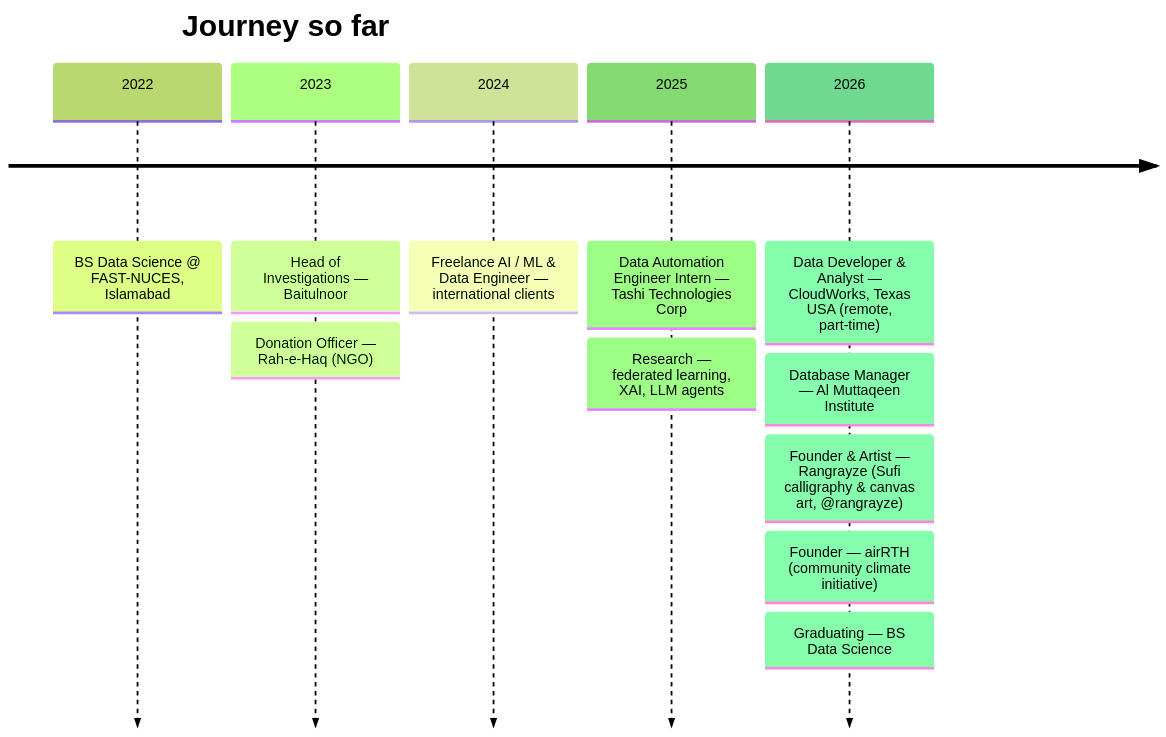
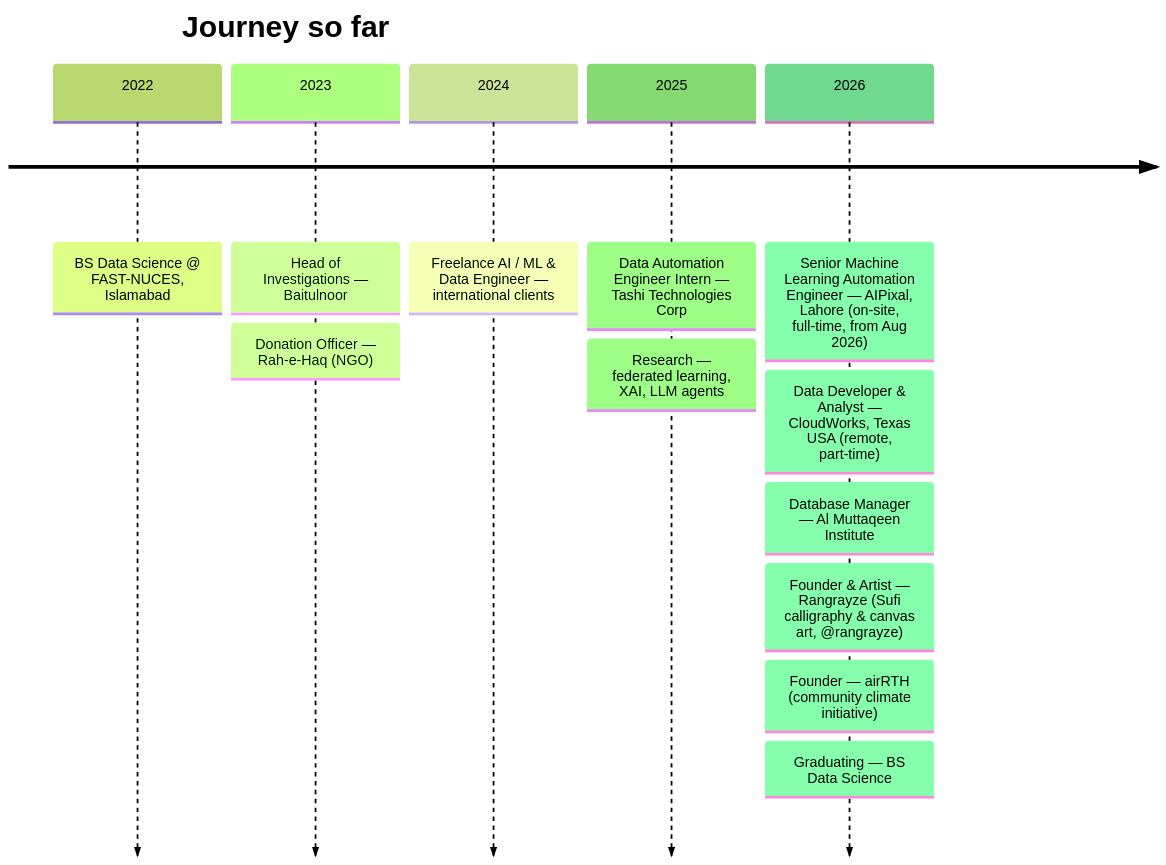
The diagram in README.md (laiba-mazhar/laiba-mazhar), drawn with Mermaid (forest theme) before and after one commit. The commit also changed other lines of this file, not shown here.

First line of the commit message:
Update current role: Senior ML Automation Engineer at AIPixal

````diff
--- a/README.md
+++ b/README.md
@@ -239,15 +244,16 @@
 ```mermaid
 timeline
     title Journey so far
     2022 : BS Data Science @ FAST-NUCES, Islamabad
     2023 : Head of Investigations — Baitulnoor
          : Donation Officer — Rah-e-Haq (NGO)
     2024 : Freelance AI / ML & Data Engineer — international clients
     2025 : Data Automation Engineer Intern — Tashi Technologies Corp
          : Research — federated learning, XAI, LLM agents
-    2026 : Data Developer & Analyst — CloudWorks, Texas USA (remote, part-time)
+    2026 : Senior Machine Learning Automation Engineer — AIPixal, Lahore (on-site, full-time, from Aug 2026)
+         : Data Developer & Analyst — CloudWorks, Texas USA (remote, part-time)
          : Database Manager — Al Muttaqeen Institute
          : Founder & Artist — Rangrayze (Sufi calligraphy & canvas art, @rangrayze)
          : Founder — airRTH (community climate initiative)
          : Graduating — BS Data Science
 ```
````
